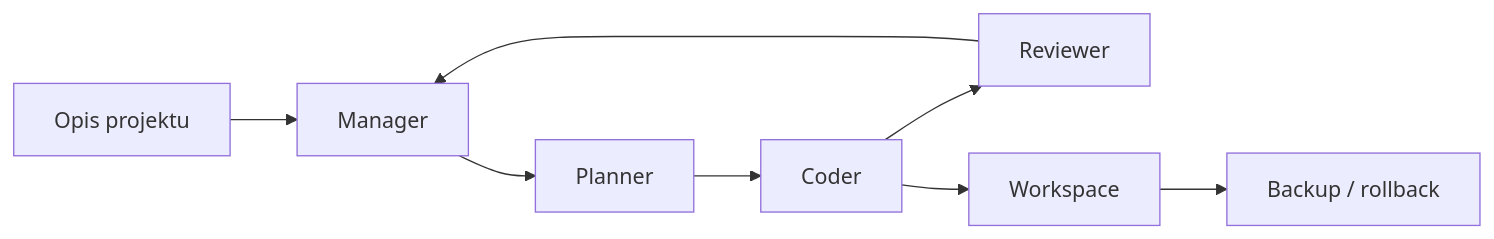
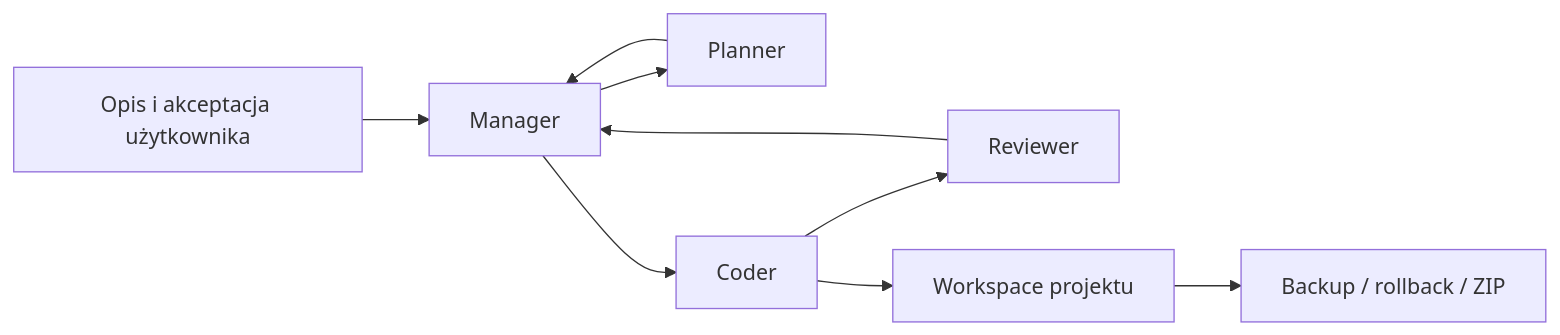
One commit to JakubLewosz/CodeFabric changed the diagram in README.md. Above: the diagram before and after it, drawn with Mermaid. The commit also changed other lines of this file and 30 other files, not shown here.

````diff
--- a/README.md
+++ b/README.md
@@ -23,10 +27,11 @@
 ```mermaid
 flowchart LR
-    A["Opis projektu"] --> B["Manager"]
-    B --> C["Planner"]
-    C --> D["Coder"]
-    D --> E["Reviewer"]
-    E --> B
-    D --> F["Workspace"]
-    F --> G["Backup / rollback"]
+    U["Opis i akceptacja użytkownika"] --> M["Manager"]
+    M --> P["Planner"]
+    P --> M
+    M --> C["Coder"]
+    C --> R["Reviewer"]
+    R --> M
+    C --> W["Workspace projektu"]
+    W --> B["Backup / rollback / ZIP"]
 ```
````
